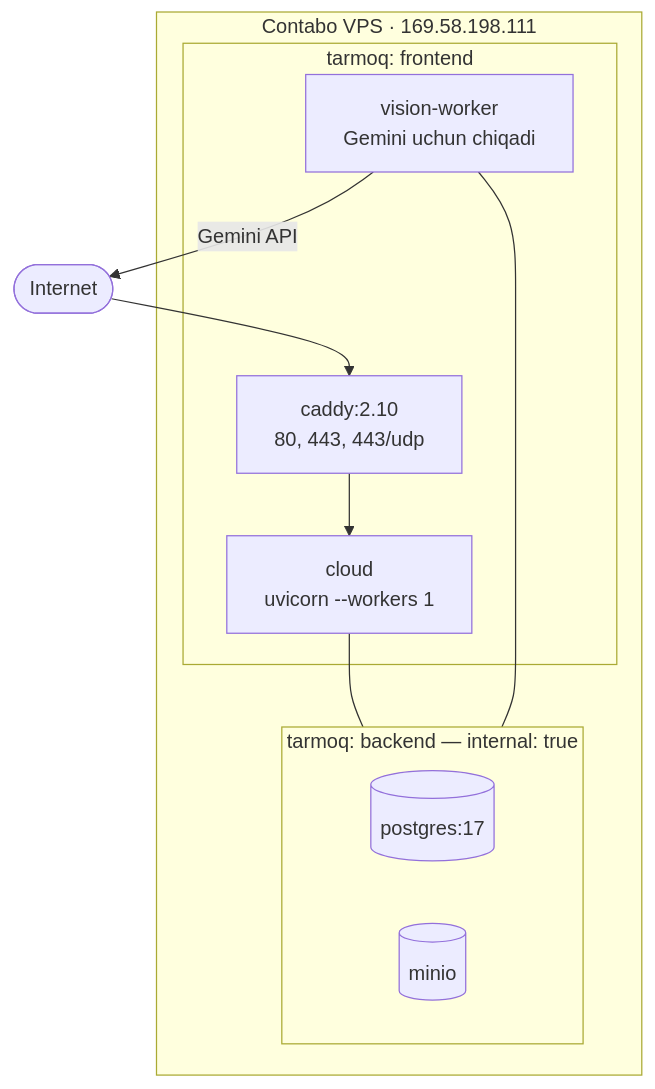
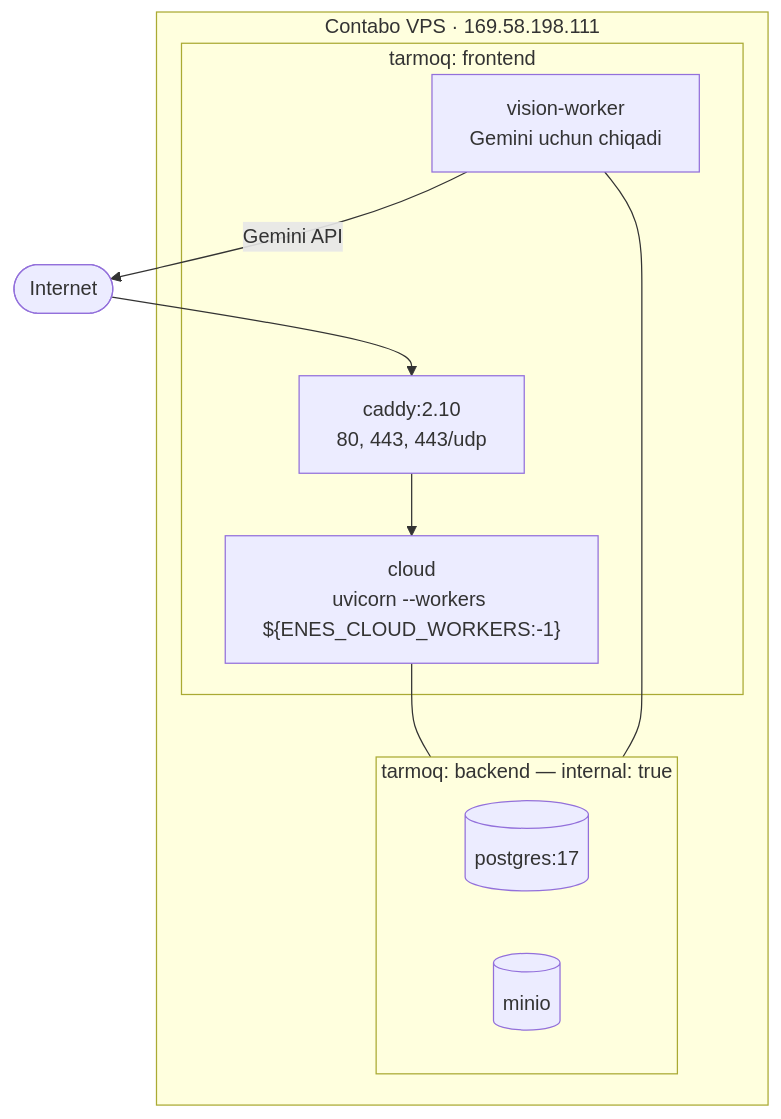
Before and after one commit to techjadid2-debug/chaqimchi-ai: the seventh of 9 diagrams in docs/ARXITEKTURA_XARITASI.md, drawn with Mermaid. The commit also changed other lines of this file and 4 other files, not shown here.

````diff
--- a/docs/ARXITEKTURA_XARITASI.md
+++ b/docs/ARXITEKTURA_XARITASI.md
@@ -407,24 +407,24 @@
 ```mermaid
 flowchart TB
   NET(["Internet"])
 
   subgraph VPS["Contabo VPS · 169.58.198.111"]
     subgraph FE["tarmoq: frontend"]
       CAD["caddy:2.10<br/>80, 443, 443/udp"]
-      CLD["cloud<br/>uvicorn --workers 1"]
+      CLD["cloud<br/>uvicorn --workers ${ENES_CLOUD_WORKERS:-1}"]
       VWK["vision-worker<br/>Gemini uchun chiqadi"]
     end
 
     subgraph BE["tarmoq: backend — internal: true"]
       PGS[("postgres:17")]
       MIN[("minio")]
     end
 
     CLD --- BE
     VWK --- BE
     CAD --> CLD
   end
 
   NET --> CAD
   VWK -->|"Gemini API"| NET
 ```
````
